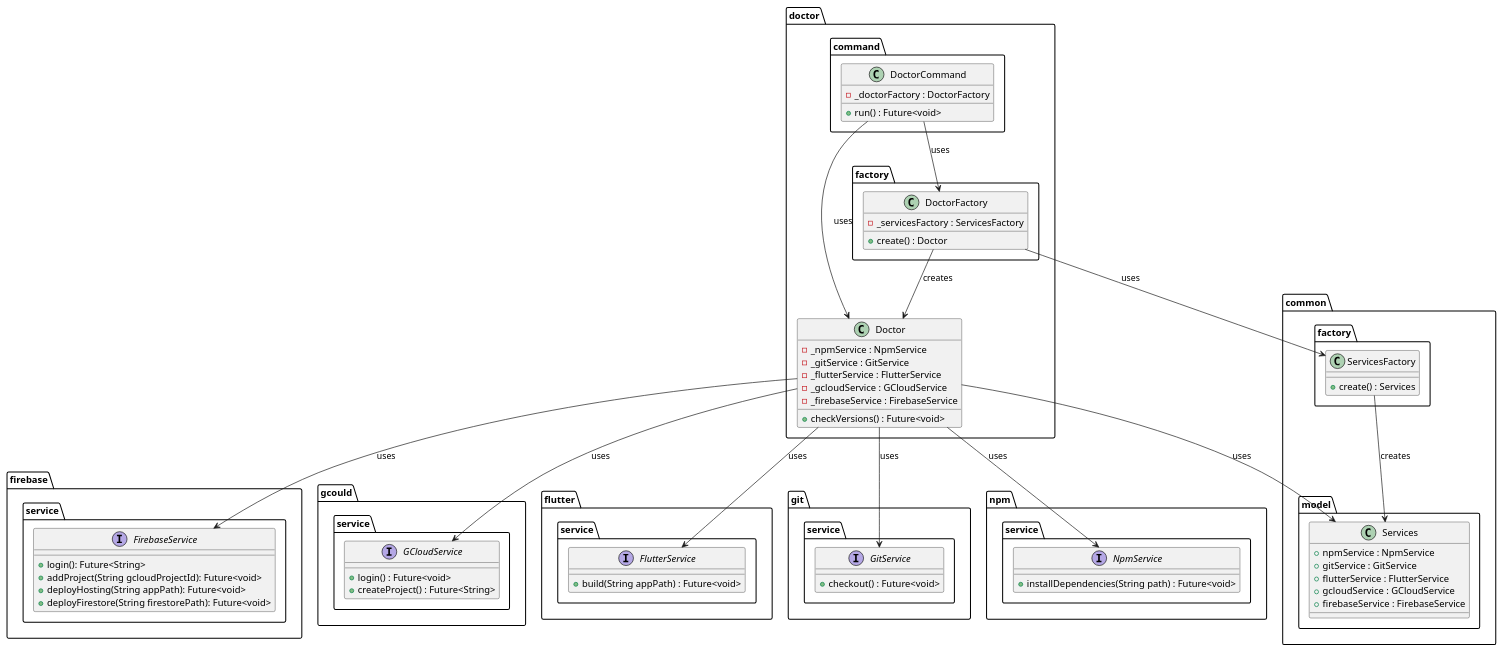
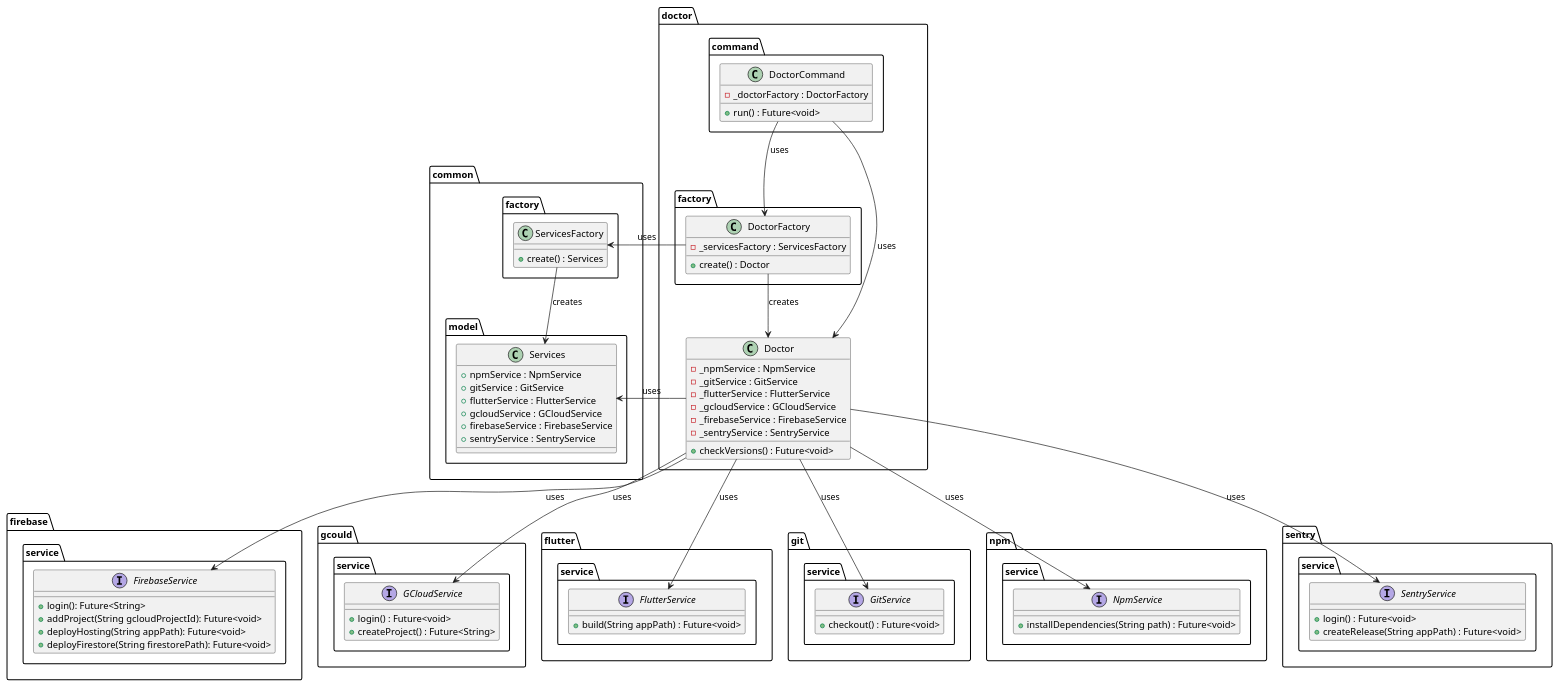
The diagram in metrics/cli/docs/diagrams/doctor_command_class_diagram.puml (Flank/flank-dashboard), drawn with PlantUML before and after one commit. The commit also changed 5 other files, not shown here.

```diff
--- a/metrics/cli/docs/diagrams/doctor_command_class_diagram.puml
+++ b/metrics/cli/docs/diagrams/doctor_command_class_diagram.puml
@@ -1,96 +1,105 @@
 @startuml doctor_command_class_diagram
 
 package firebase.service {
     interface FirebaseService {
         + login(): Future<String>
         + addProject(String gcloudProjectId): Future<void>
         + deployHosting(String appPath): Future<void>
         + deployFirestore(String firestorePath): Future<void>
     }
 }
 
 package gcould.service {
     interface GCloudService {
         + login() : Future<void>
         + createProject() : Future<String>
     }
 }
 
 package flutter.service {
     interface FlutterService  {
         + build(String appPath) : Future<void>
     }
 }
 
 package git.service{
     interface GitService  {
         + checkout() : Future<void>
     }
 }
 
 package npm.service {
     interface NpmService  {
         + installDependencies(String path) : Future<void>
     }
 }
 
+package sentry.service{
+    interface SentryService  {
+        + login() : Future<void>
+        + createRelease(String appPath) : Future<void>
+    }
+}
+
 package common {
     package model {
         class Services {
             + npmService : NpmService
             + gitService : GitService
             + flutterService : FlutterService
             + gcloudService : GCloudService
             + firebaseService : FirebaseService
+            + sentryService : SentryService
         }
     }
 
     package factory as common.factory{
         class ServicesFactory {
             + create() : Services
         }
     }
 }
 
 package doctor {
     package command {
         class DoctorCommand {
             - _doctorFactory : DoctorFactory
             + run() : Future<void>
         }
     }
 
     package factory {
         class DoctorFactory {
             - _servicesFactory : ServicesFactory
             + create() : Doctor
         }
     }
 
     class Doctor {
         - _npmService : NpmService
         - _gitService : GitService
         - _flutterService : FlutterService
         - _gcloudService : GCloudService
         - _firebaseService : FirebaseService
+        - _sentryService : SentryService
         + checkVersions() : Future<void>
     }
 }
 
 DoctorCommand -down-> Doctor : uses
 DoctorCommand --> DoctorFactory : uses
 
 DoctorFactory --> Doctor : creates
-DoctorFactory --> ServicesFactory : uses
+DoctorFactory -left-> ServicesFactory : uses
 
 ServicesFactory --> Services : creates
 
 Doctor -down-> NpmService : uses
 Doctor -down-> GitService : uses
 Doctor -down-> FlutterService : uses
 Doctor -down-> GCloudService : uses
 Doctor -down-> FirebaseService : uses
-Doctor -> Services : uses
-
+Doctor -down-> SentryService : uses
+Doctor -left-> Services : uses
 
 @enduml
```
